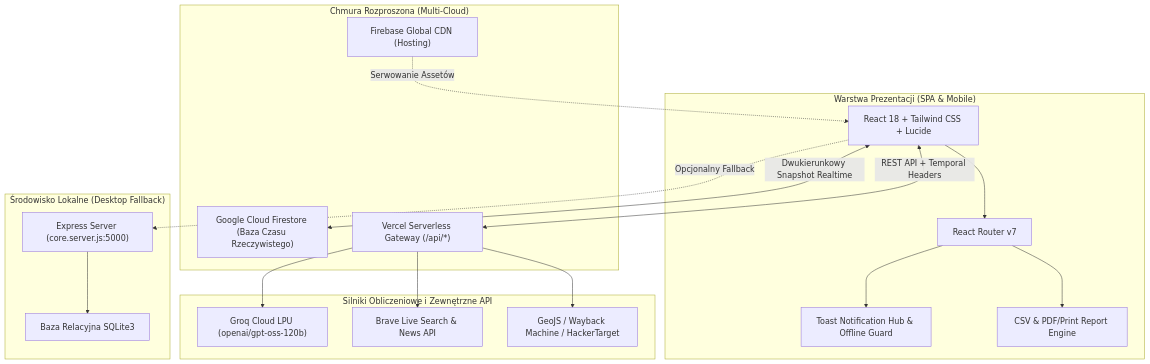
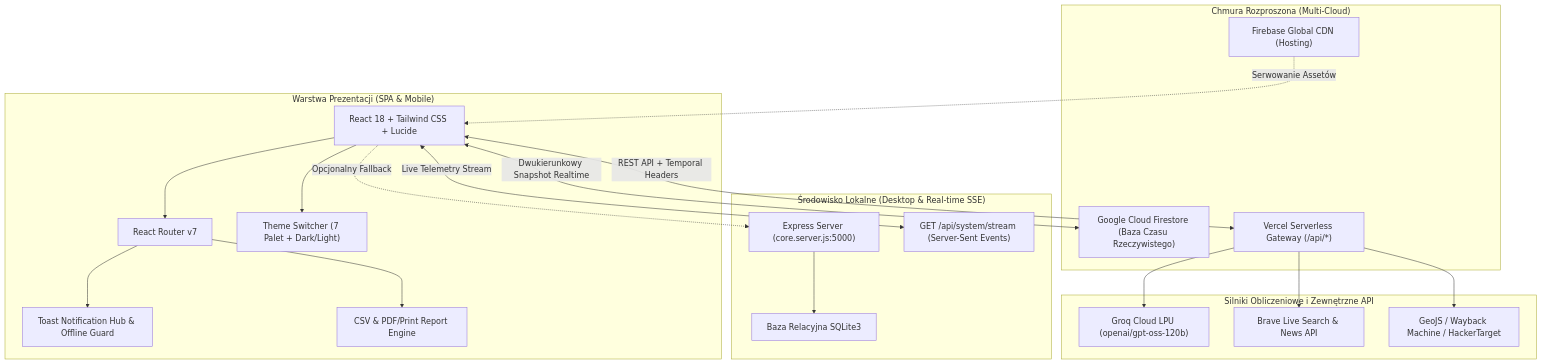
Before and after one commit to Kvbi213/ai-system-dashboard: the first of 2 diagrams in README.md, drawn with Mermaid. The commit also changed other lines of this file and 33 other files, not shown here.

Commit message:
feat(v2.13.0): Enterprise 10/10 quality upgrade - React testing library suite (37/37 pass), real-time SSE stream, dark/light theme toggle, sanitized env, main.yml CI/CD and ASCII UI preview

````diff
--- a/README.md
+++ b/README.md
@@ -48,38 +74,42 @@
 ```mermaid
 graph TB
     subgraph Klient ["Warstwa Prezentacji (SPA & Mobile)"]
         UI["React 18 + Tailwind CSS + Lucide"]
         Router["React Router v7"]
         ToastHub["Toast Notification Hub & Offline Guard"]
         ExportHub["CSV & PDF/Print Report Engine"]
+        ThemeEngine["Theme Switcher (7 Palet + Dark/Light)"]
     end
 
     subgraph Chmura ["Chmura Rozproszona (Multi-Cloud)"]
         FBHost["Firebase Global CDN (Hosting)"]
         Firestore["Google Cloud Firestore (Baza Czasu Rzeczywistego)"]
         VercelGW["Vercel Serverless Gateway (/api/*)"]
     end
 
     subgraph AI_Backends ["Silniki Obliczeniowe i Zewnętrzne API"]
         GroqCloud["Groq Cloud LPU (openai/gpt-oss-120b)"]
         BraveAPI["Brave Live Search & News API"]
         OSINT_APIs["GeoJS / Wayback Machine / HackerTarget"]
     end
 
-    subgraph LocalHost ["Środowisko Lokalne (Desktop Fallback)"]
+    subgraph LocalHost ["Środowisko Lokalne (Desktop & Real-time SSE)"]
         Express["Express Server (core.server.js:5000)"]
+        SSEStream["GET /api/system/stream (Server-Sent Events)"]
         SQLite["Baza Relacyjna SQLite3"]
     end
 
     UI --> Router
     Router --> ToastHub
     Router --> ExportHub
+    UI --> ThemeEngine
     FBHost -.->|Serwowanie Assetów| UI
     UI <-->|Dwukierunkowy Snapshot Realtime| Firestore
     UI <-->|REST API + Temporal Headers| VercelGW
+    UI <-->|Live Telemetry Stream| SSEStream
     VercelGW --> GroqCloud
     VercelGW --> BraveAPI
     VercelGW --> OSINT_APIs
     UI -.->|Opcjonalny Fallback| Express
     Express --> SQLite
 ```
````
